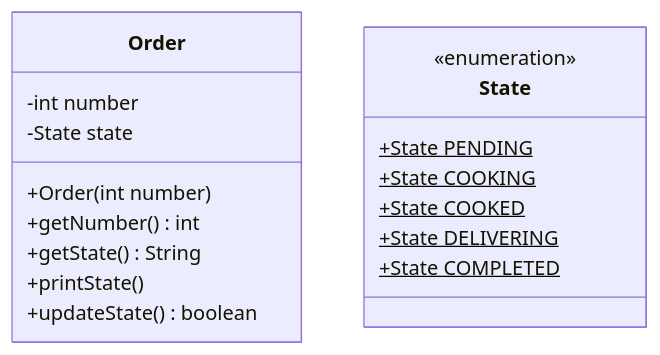
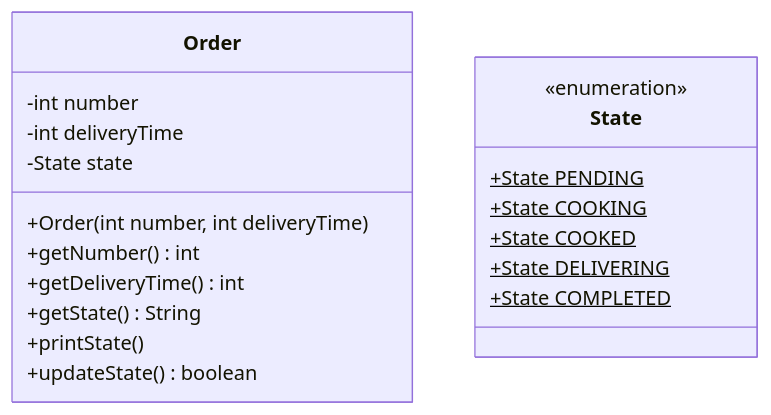
One commit to dTolmachev1/OOP changed the diagram in Task_2_2_1/src/main/resources/Order.mmd. Above: the diagram before and after it, drawn with Mermaid. The commit also changed 14 other files, not shown here.

```diff
--- a/Task_2_2_1/src/main/resources/Order.mmd
+++ b/Task_2_2_1/src/main/resources/Order.mmd
@@ -1,18 +1,20 @@
 classDiagram
     class Order {
         -int number
+        -int deliveryTime
         -State state
-        +Order(int number)
+        +Order(int number, int deliveryTime)
         +getNumber() int
+        +getDeliveryTime() int
         +getState() String
         +printState()
         +updateState() boolean
     }
     class State {
         <<enumeration>>
         +State PENDING $
         +State COOKING $
         +State COOKED $
         +State DELIVERING $
         +State COMPLETED $
     }
```
